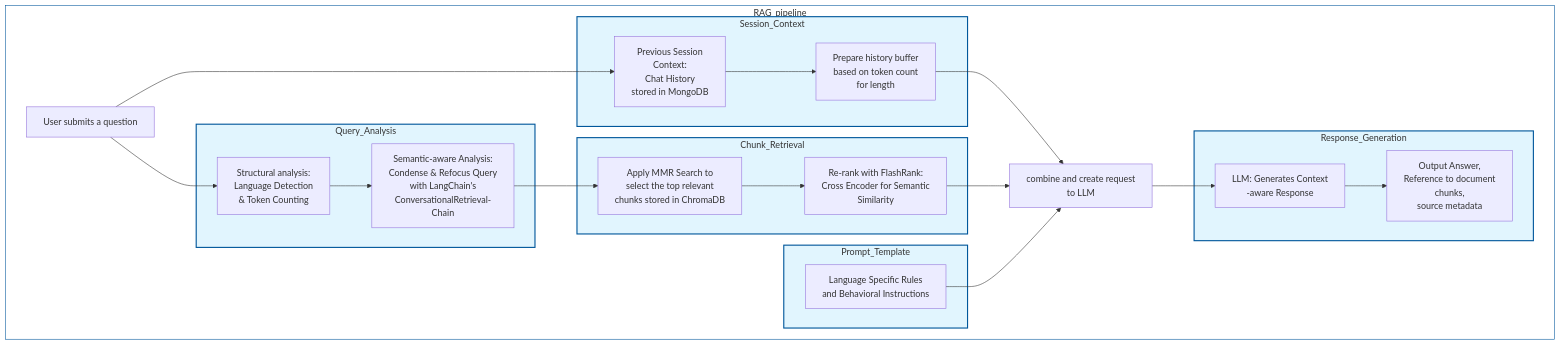
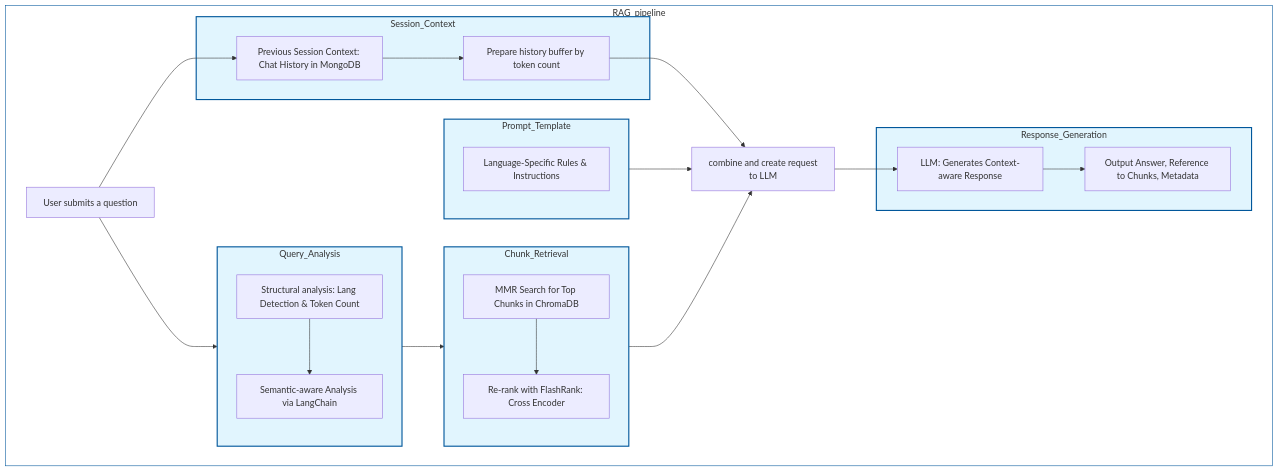
One commit to idilkara/ENS492-RAGDocumentManager changed the diagram in documentation/rag-pipeline.mermaid. Above: the diagram before and after it, drawn with Mermaid.

```diff
--- a/documentation/rag-pipeline.mermaid
+++ b/documentation/rag-pipeline.mermaid
@@ -1,100 +1,57 @@
 flowchart TD
 
 subgraph RAG_pipeline
 
     A[User submits a question] 
     A --> O         
     A --> B   
     M[combine and create request
     to LLM ] --> Z
     E --> M
     I --> M
     L --> M
-    
 
     subgraph Response_Generation
-   
-        Z[LLM: Generates Context
-            -aware Response]
-        Z --> N[Output Answer, 
-                Reference to document 
-                chunks,
-                source metadata
-                ]
         
-    
+        Z[LLM: Generates Context-aware Response] 
+        N[Output Answer, Reference to Chunks, Metadata]
+        Z --> N 
+
     end 
 
     subgraph Session_Context
-       
-        O[Previous Session 
-            Context:
-            Chat History
-            stored in MongoDB
-            ] 
         
-         O -->  E[Prepare history buffer
-        based on token count 
-        for length]
-
+        O[Previous Session Context: Chat History in MongoDB] 
+        E[Prepare history buffer by token count]
+        O --> E
         
-
     end
 
-
-
     subgraph Query_Analysis
-
-        B[Structural analysis: 
-            Language Detection 
-            & Token Counting]
-
-        B --> C[Semantic-aware Analysis:
-                Condense & Refocus Query
-            with LangChain's 
-                ConversationalRetrieval-
-                Chain
-                ]
-
-
+        direction TB
+        B[Structural analysis: Lang Detection & Token Count] --> 
+        C[Semantic-aware Analysis via LangChain]
     end
 
-
-
-
     subgraph Chunk_Retrieval
-
-        C -->  H[Apply MMR Search to
-            select the top relevant
-            chunks stored in ChromaDB
-            ]
-
-        H --> I[Re-rank with FlashRank:
-                Cross Encoder for Semantic 
-                Similarity]
-
+        direction TB
+        C --> H[MMR Search for Top Chunks in ChromaDB] --> 
+        I[Re-rank with FlashRank: Cross Encoder]
     end
 
-
     subgraph Prompt_Template
-
-        L[Language Specific Rules 
-            and Behavioral Instructions]
-       
-
+        direction TB
+        L[Language-Specific Rules & Instructions]
     end
-
 
 end
 
-    
-    %% Styling
+%% Styling
 
-    classDef outer fill:#ffffff,stroke:#01579b,stroke-width:1px
+classDef outer fill:#ffffff,stroke:#01579b,stroke-width:1px
+classDef blue fill:#e1f5fe,stroke:#01579b,stroke-width:2px
 
-    classDef blue fill:#e1f5fe,stroke:#01579b,stroke-width:2px
-
-    class RAG_pipeline outer
-    class Response_Generation blue
-    class Chunk_Retrieval blue
-    class Session_Context,Query_Analysis,Prompt_Template blue
+class RAG_pipeline outer
+class Response_Generation blue
+class Chunk_Retrieval blue
+class Session_Context,Query_Analysis,Prompt_Template blue
```
